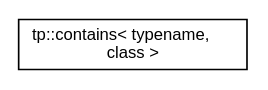
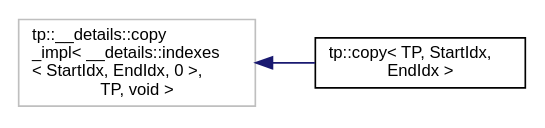
Before and after one commit to glebzlat/type_pack: the diagram in inherit_graph_13.dot, drawn with Graphviz. The commit also changed 147 other files, not shown here.

```diff
--- a/inherit_graph_13.dot
+++ b/inherit_graph_13.dot
@@ -1,8 +1,10 @@
 digraph "Graphical Class Hierarchy"
 {
  // LATEX_PDF_SIZE
   edge [fontname="Helvetica",fontsize="10",labelfontname="Helvetica",labelfontsize="10"];
   node [fontname="Helvetica",fontsize="10",shape=record];
   rankdir="LR";
-  Node0 [label="tp::contains\< typename,\l class \>",height=0.2,width=0.4,color="black", fillcolor="white", style="filled",URL="$structtp_1_1contains.html",tooltip=" "];
+  Node19 [label="tp::__details::copy\l_impl\< __details::indexes\l\< StartIdx, EndIdx, 0 \>,\l TP, void \>",height=0.2,width=0.4,color="grey75", fillcolor="white", style="filled",tooltip=" "];
+  Node19 -> Node0 [dir="back",color="midnightblue",fontsize="10",style="solid",fontname="Helvetica"];
+  Node0 [label="tp::copy\< TP, StartIdx,\l EndIdx \>",height=0.2,width=0.4,color="black", fillcolor="white", style="filled",URL="$structtp_1_1copy.html",tooltip="Constructs new type_pack with the elements of other type_pack."];
 }
```
